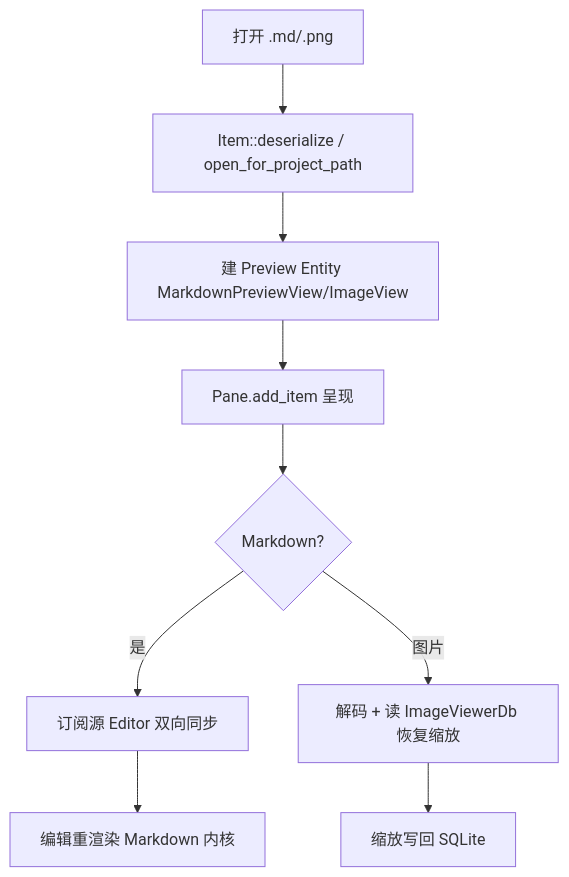
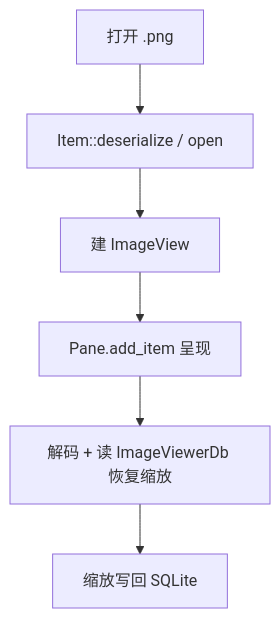
One commit to rzhangjing/zed changed the diagram in wiki/Misc-Preview-Items-Deep-Dive.md. Above: the diagram before and after it, drawn with Mermaid. The commit also changed other lines of this file and 52 other files, not shown here.

````diff
--- a/wiki/Misc-Preview-Items-Deep-Dive.md
+++ b/wiki/Misc-Preview-Items-Deep-Dive.md
@@ -67,11 +46,8 @@
 ```mermaid
 graph TB
-    A[打开 .md/.png] --> B[Item::deserialize / open_for_project_path]
-    B --> C[建 Preview Entity MarkdownPreviewView/ImageView]
+    A[打开 .png] --> B[Item::deserialize / open]
+    B --> C[建 ImageView]
     C --> D[Pane.add_item 呈现]
-    D --> E{Markdown?}
-    E -->|是| F[订阅源 Editor 双向同步]
-    E -->|图片| G[解码 + 读 ImageViewerDb 恢复缩放]
-    F --> H[编辑重渲染 Markdown 内核]
+    D --> G[解码 + 读 ImageViewerDb 恢复缩放]
     G --> I[缩放写回 SQLite]
 ```
````
